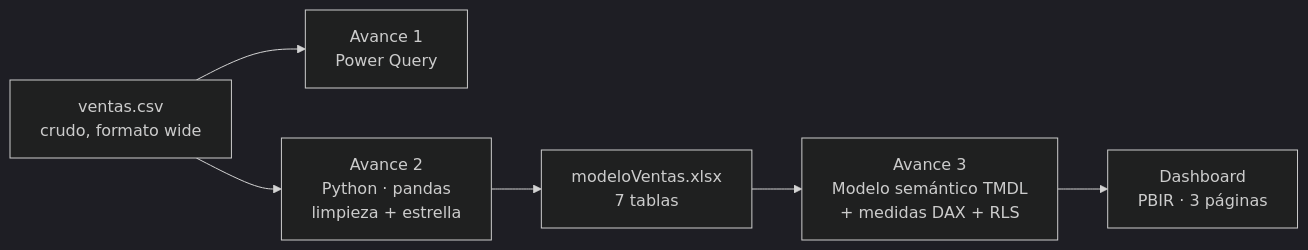
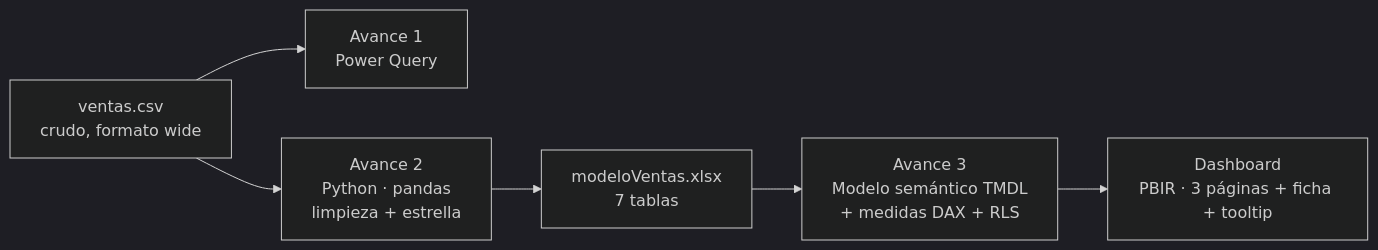
The first of 2 diagrams in README.md (cristianatrio/techcore-sales-analytics), drawn with Mermaid (dark theme) before and after one commit. The commit also changed other lines of this file and 10 other files, not shown here.

````diff
--- a/README.md
+++ b/README.md
@@ -33,8 +35,8 @@
 ```mermaid
 flowchart LR
     A[ventas.csv<br/>crudo, formato wide] --> B[Avance 1<br/>Power Query]
     A --> C[Avance 2<br/>Python · pandas<br/>limpieza + estrella]
     C --> D[modeloVentas.xlsx<br/>7 tablas]
     D --> E[Avance 3<br/>Modelo semántico TMDL<br/>+ medidas DAX + RLS]
-    E --> F[Dashboard<br/>PBIR · 3 páginas]
+    E --> F[Dashboard<br/>PBIR · 3 páginas + ficha + tooltip]
 ```
````
